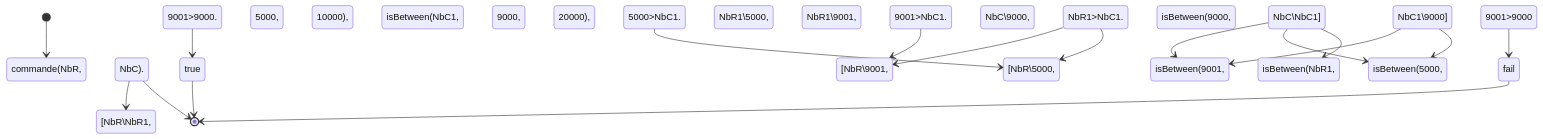
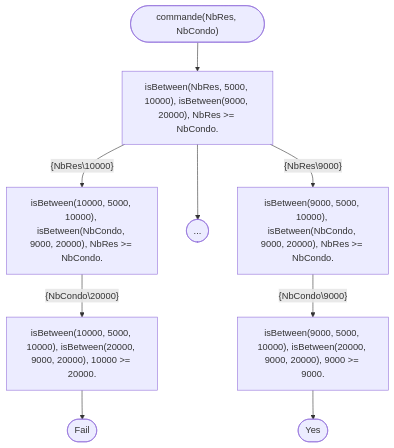
The first of 2 diagrams in TP1/cr_tp1.md (rht48/TP_Prog_Contraintes), drawn with Mermaid before and after one commit. The commit also changed other lines of this file and 4 other files, not shown here.

````diff
--- a/TP1/cr_tp1.md
+++ b/TP1/cr_tp1.md
@@ -134,22 +138,14 @@
 ```mermaid
-stateDiagram
-    [*] --> commande(NbR, NbC).
-    commande(NbR, NbC). --> [*]
-    commande(NbR, NbC). --> [NbR\NbR1, NbC\NbC1]
-    [NbR\NbR1, NbC\NbC1] --> isBetween(NbR1, 5000, 10000), isBetween(NbC1, 9000, 20000), NbR1>NbC1.
-    isBetween(NbR1, 5000, 10000), isBetween(NbC1, 9000, 20000), NbR1>NbC1. --> [NbR\5000, NbR1\5000, NbC\NbC1]
-    isBetween(NbR1, 5000, 10000), isBetween(NbC1, 9000, 20000), NbR1>NbC1. --> [NbR\9001, NbR1\9001, NbC\NbC1]
+graph TB
+A(["commande(NbRes, NbCondo)"])
+A --> B["isBetween(NbRes, 5000, 10000), isBetween(9000, 20000), NbRes >= NbCondo."]
+B -->|"{NbRes\10000}"| C["isBetween(10000, 5000, 10000), isBetween(NbCondo, 9000, 20000), NbRes >= NbCondo."]
+C -->|"{NbCondo\20000}"| D["isBetween(10000, 5000, 10000), isBetween(20000, 9000, 20000), 10000 >= 20000."]
+D --> E(["Fail"])
 
-    [NbR\5000, NbR1\5000, NbC\NbC1] --> isBetween(5000, 5000, 10000), isBetween(NbC1, 9000, 20000), 5000>NbC1.
-    isBetween(5000, 5000, 10000), isBetween(NbC1, 9000, 20000), 5000>NbC1. --> [NbR\5000, NbR1\5000, NbC\9000, NbC1\9000]
-    [NbR\5000, NbR1\5000, NbC\9000, NbC1\9000] --> isBetween(5000, 5000, 10000), isBetween(9000, 9000, 20000), 9001>9000
-    isBetween(5000, 5000, 10000), isBetween(9000, 9000, 20000), 9001>9000 --> fail
-    fail --> [*]
-
-    [NbR\9001, NbR1\9001, NbC\NbC1] --> isBetween(9001, 5000, 10000), isBetween(NbC1, 9000, 20000), 9001>NbC1.
-    isBetween(9001, 5000, 10000), isBetween(NbC1, 9000, 20000), 9001>NbC1. --> [NbR\9001, NbR1\9001, NbC\9000, NbC1\9000]
-    [NbR\9001, NbR1\9001, NbC\9000, NbC1\9000] --> isBetween(9001, 5000, 10000), isBetween(9000, 9000, 20000), 9001>9000.
-    isBetween(9001, 5000, 10000), isBetween(9000, 9000, 20000), 9001>9000. --> true
-    true --> [*]
+B --> F(["..."])
+B --> |"{NbRes\9000}"| G["isBetween(9000, 5000, 10000), isBetween(NbCondo, 9000, 20000), NbRes >= NbCondo."]
+G -->|"{NbCondo\9000}"| H["isBetween(9000, 5000, 10000), isBetween(20000, 9000, 20000), 9000 >= 9000."]
+H --> I(["Yes"])
 
 ```
````
